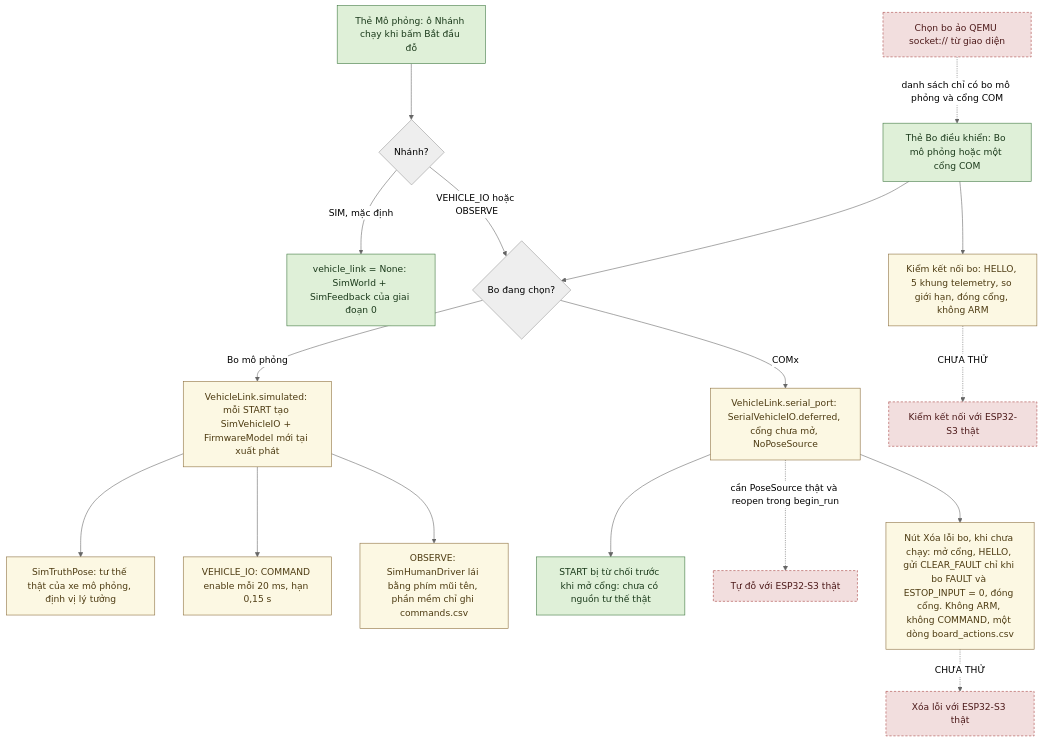
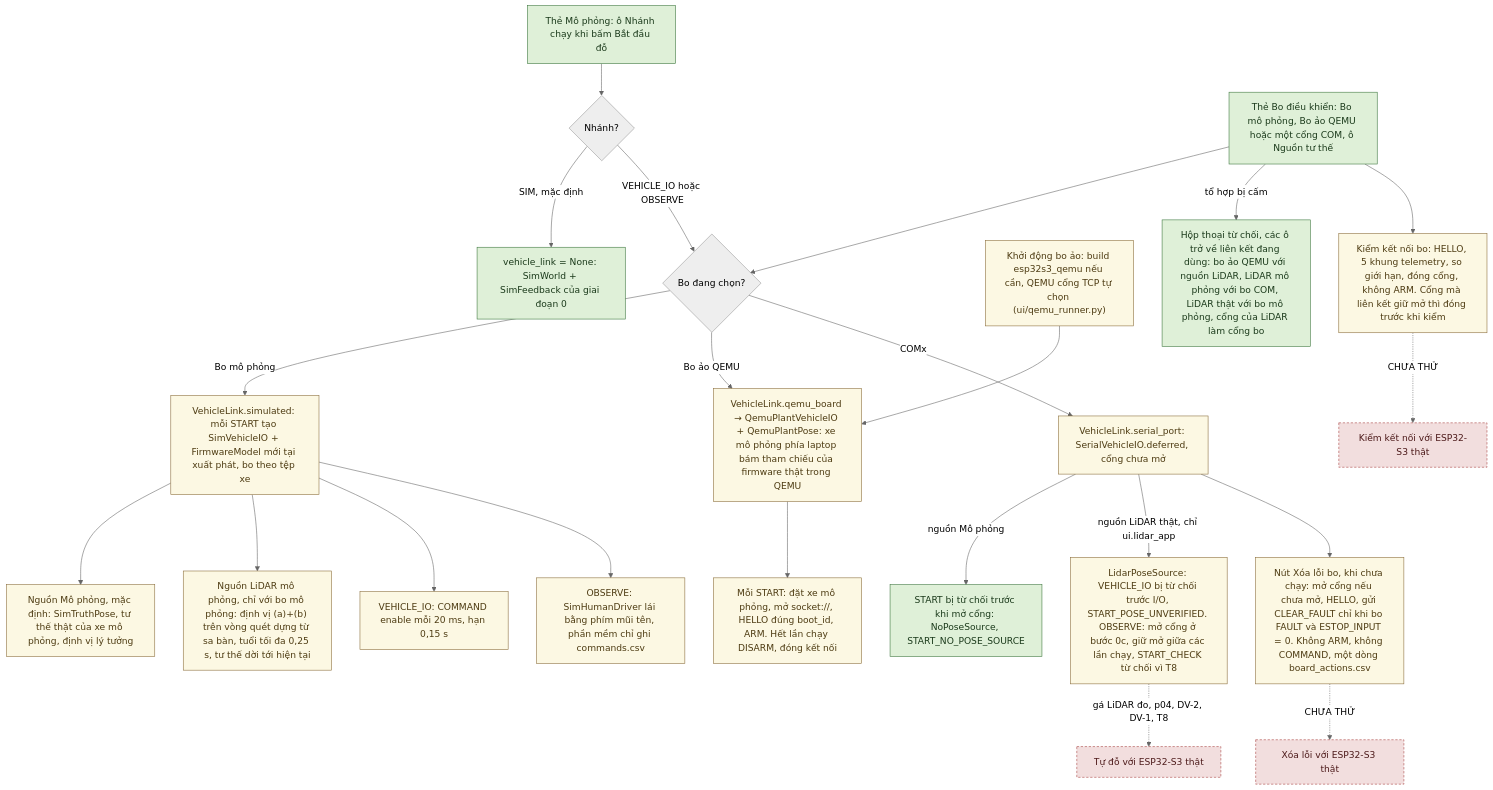
Before and after one commit to thbn12082/autopark: the third of 3 diagrams in autopark/README.md, drawn with Mermaid (neutral theme). The commit also changed other lines of this file and 223 other files, not shown here.

````diff
--- a/autopark/README.md
+++ b/autopark/README.md
@@ -378,25 +467,30 @@
 ```mermaid
 flowchart TD
     A["Thẻ Mô phỏng: ô Nhánh chạy khi bấm Bắt đầu đỗ"] --> M{"Nhánh?"}
-    B["Thẻ Bo điều khiển: Bo mô phỏng hoặc một cổng COM"] --> P{"Bo đang chọn?"}
+    B["Thẻ Bo điều khiển: Bo mô phỏng, Bo ảo QEMU hoặc một cổng COM, ô Nguồn tư thế"] --> P{"Bo đang chọn?"}
     M -->|SIM, mặc định| SIM["vehicle_link = None: SimWorld + SimFeedback của giai đoạn 0"]
     M -->|VEHICLE_IO hoặc OBSERVE| P
-    P -->|Bo mô phỏng| VS["VehicleLink.simulated: mỗi START tạo SimVehicleIO + FirmwareModel mới tại xuất phát"]
-    VS --> POSE["SimTruthPose: tư thế thật của xe mô phỏng, định vị lý tưởng"]
+    P -->|Bo mô phỏng| VS["VehicleLink.simulated: mỗi START tạo SimVehicleIO + FirmwareModel mới tại xuất phát, bo theo tệp xe"]
+    VS --> POSE["Nguồn Mô phỏng, mặc định: SimTruthPose, tư thế thật của xe mô phỏng, định vị lý tưởng"]
+    VS --> LSIM["Nguồn LiDAR mô phỏng, chỉ với bo mô phỏng: định vị (a)+(b) trên vòng quét dựng từ sa bàn, tuổi tối đa 0,25 s, tư thế dời tới hiện tại"]
     VS --> VIO["VEHICLE_IO: COMMAND enable mỗi 20 ms, hạn 0,15 s"]
     VS --> OBS["OBSERVE: SimHumanDriver lái bằng phím mũi tên, phần mềm chỉ ghi commands.csv"]
-    P -->|COMx| SER["VehicleLink.serial_port: SerialVehicleIO.deferred, cổng chưa mở, NoPoseSource"]
-    SER --> REF["START bị từ chối trước khi mở cổng: chưa có nguồn tư thế thật"]
-    SER -.->|cần PoseSource thật và reopen trong begin_run| REAL["Tự đỗ với ESP32-S3 thật"]
-    B --> PROBE["Kiểm kết nối bo: HELLO, 5 khung telemetry, so giới hạn, đóng cổng, không ARM"]
+    P -->|Bo ảo QEMU| QL["VehicleLink.qemu_board → QemuPlantVehicleIO + QemuPlantPose: xe mô phỏng phía laptop bám tham chiếu của firmware thật trong QEMU"]
+    QR["Khởi động bo ảo: build esp32s3_qemu nếu cần, QEMU cổng TCP tự chọn (ui/qemu_runner.py)"] --> QL
+    QL --> QS["Mỗi START: đặt xe mô phỏng, mở socket://, HELLO đúng boot_id, ARM. Hết lần chạy DISARM, đóng kết nối"]
+    P -->|COMx| SER["VehicleLink.serial_port: SerialVehicleIO.deferred, cổng chưa mở"]
+    SER -->|nguồn Mô phỏng| REF["START bị từ chối trước khi mở cổng: NoPoseSource, START_NO_POSE_SOURCE"]
+    SER -->|nguồn LiDAR thật, chỉ ui.lidar_app| LREAL["LidarPoseSource: VEHICLE_IO bị từ chối trước I/O, START_POSE_UNVERIFIED. OBSERVE: mở cổng ở bước 0c, giữ mở giữa các lần chạy, START_CHECK từ chối vì T8"]
+    LREAL -.->|gá LiDAR đo, p04, DV-2, DV-1, T8| REAL["Tự đỗ với ESP32-S3 thật"]
+    B -->|tổ hợp bị cấm| BIND["Hộp thoại từ chối, các ô trở về liên kết đang dùng: bo ảo QEMU với nguồn LiDAR, LiDAR mô phỏng với bo COM, LiDAR thật với bo mô phỏng, cổng của LiDAR làm cổng bo"]
+    B --> PROBE["Kiểm kết nối bo: HELLO, 5 khung telemetry, so giới hạn, đóng cổng, không ARM. Cổng mà liên kết giữ mở thì đóng trước khi kiểm"]
     PROBE -.->|CHƯA THỬ| REALP["Kiểm kết nối với ESP32-S3 thật"]
-    SER --> CLR["Nút Xóa lỗi bo, khi chưa chạy: mở cổng, HELLO, gửi CLEAR_FAULT chỉ khi bo FAULT và ESTOP_INPUT = 0, đóng cổng. Không ARM, không COMMAND, một dòng board_actions.csv"]
+    SER --> CLR["Nút Xóa lỗi bo, khi chưa chạy: mở cổng nếu chưa mở, HELLO, gửi CLEAR_FAULT chỉ khi bo FAULT và ESTOP_INPUT = 0. Không ARM, không COMMAND, một dòng board_actions.csv"]
     CLR -.->|CHƯA THỬ| REALC["Xóa lỗi với ESP32-S3 thật"]
-    QEMU["Chọn bo ảo QEMU socket:// từ giao diện"] -.->|danh sách chỉ có bo mô phỏng và cổng COM| B
     classDef daco fill:#dff0d8,stroke:#3c763d,color:#1b3a1b
     classDef giaLap fill:#fcf8e3,stroke:#8a6d3b,color:#4d3b12
     classDef chuaLam fill:#f2dede,stroke:#a94442,color:#4d1a1a,stroke-dasharray: 4 3
-    class A,B,SIM,REF daco
-    class VS,POSE,VIO,OBS,PROBE,SER,CLR giaLap
-    class REAL,REALP,REALC,QEMU chuaLam
+    class A,B,SIM,REF,BIND daco
+    class VS,POSE,LSIM,VIO,OBS,QL,QR,QS,PROBE,SER,LREAL,CLR giaLap
+    class REAL,REALP,REALC chuaLam
 ```
````
